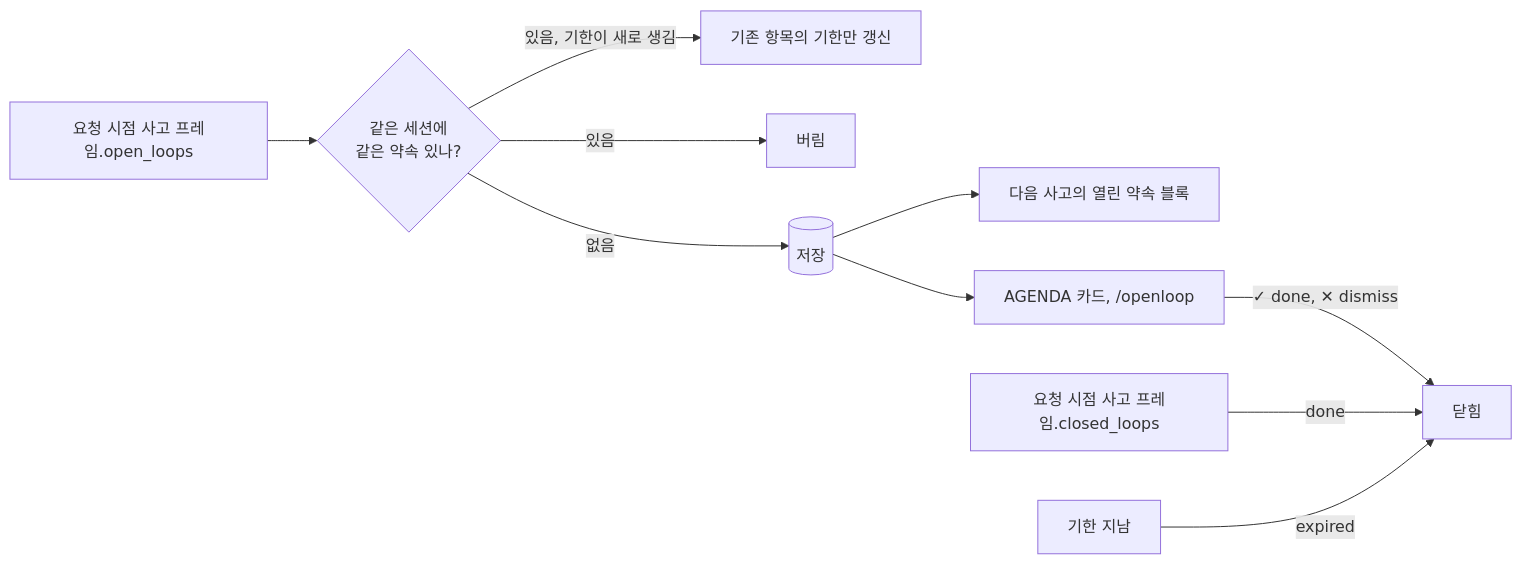
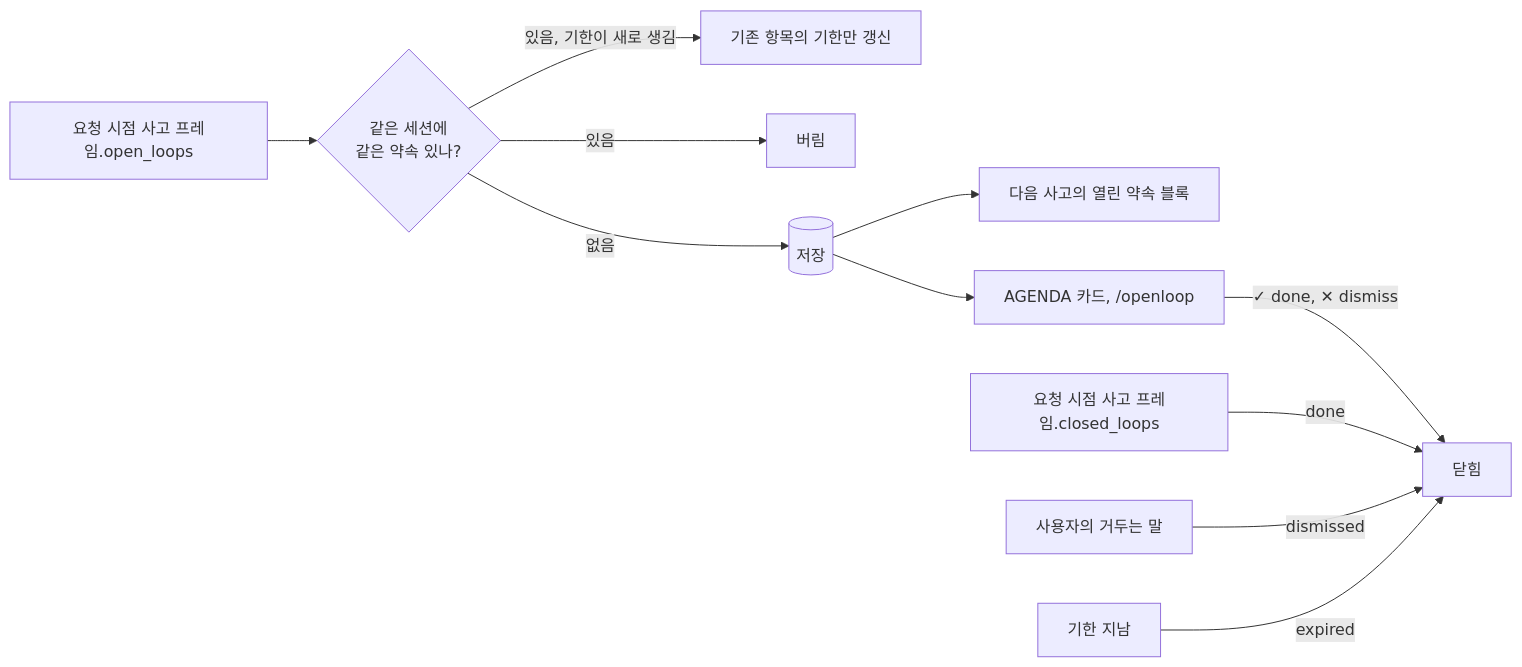
One commit to ash-hun/jarvis-agent changed the first of 2 diagrams in website/docs/features/agenda.md. Above: the diagram before and after it, drawn with Mermaid. The commit also changed other lines of this file, not shown here.

````diff
--- a/website/docs/features/agenda.md
+++ b/website/docs/features/agenda.md
@@ -14,12 +14,13 @@
 ```mermaid
 flowchart LR
   T[요청 시점 사고 프레임.open_loops] --> U{같은 세션에<br/>같은 약속 있나?}
   U -- 있음, 기한이 새로 생김 --> G[기존 항목의 기한만 갱신]
   U -- 있음 --> X[버림]
   U -- 없음 --> S[(저장)]
   S --> R[다음 사고의 열린 약속 블록]
   S --> A[AGENDA 카드, /openloop]
   A -->|✓ done, ✕ dismiss| C[닫힘]
   K[요청 시점 사고 프레임.closed_loops] -->|done| C
+  Q[사용자의 거두는 말] -->|dismissed| C
   E[기한 지남] -->|expired| C
 ```
````
